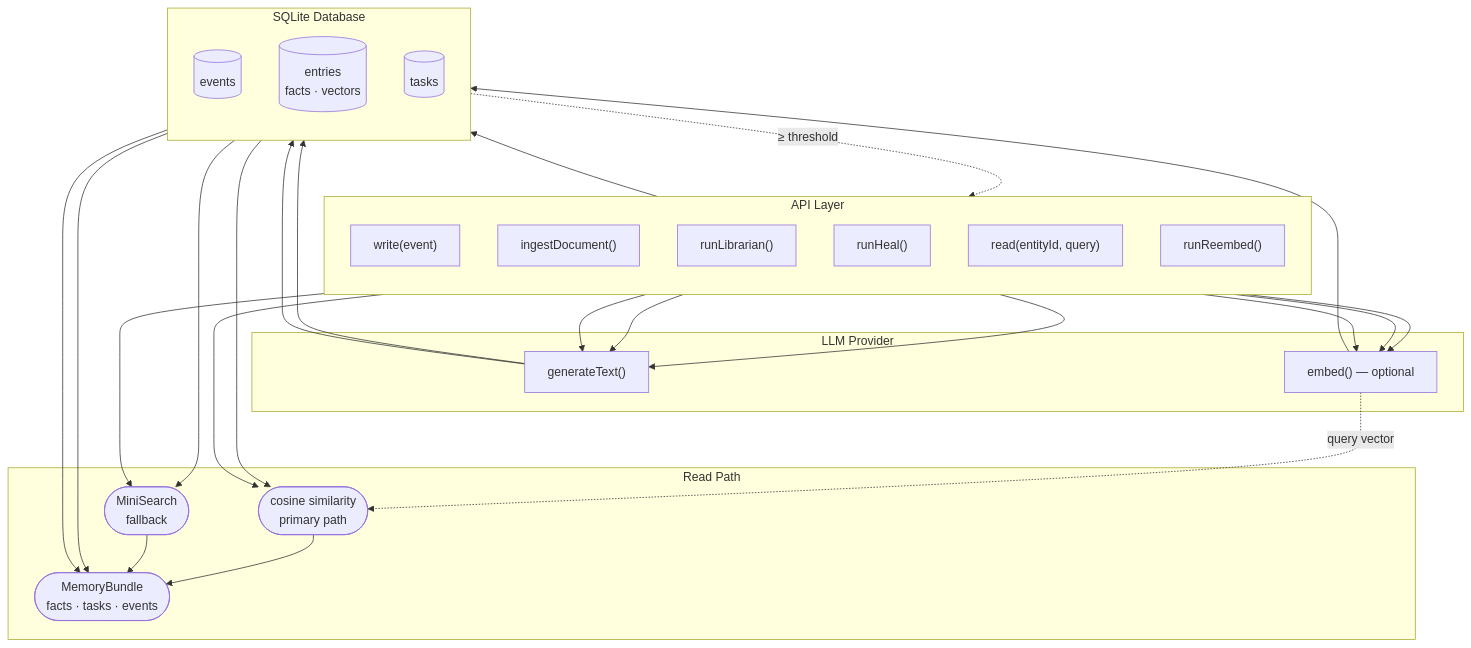
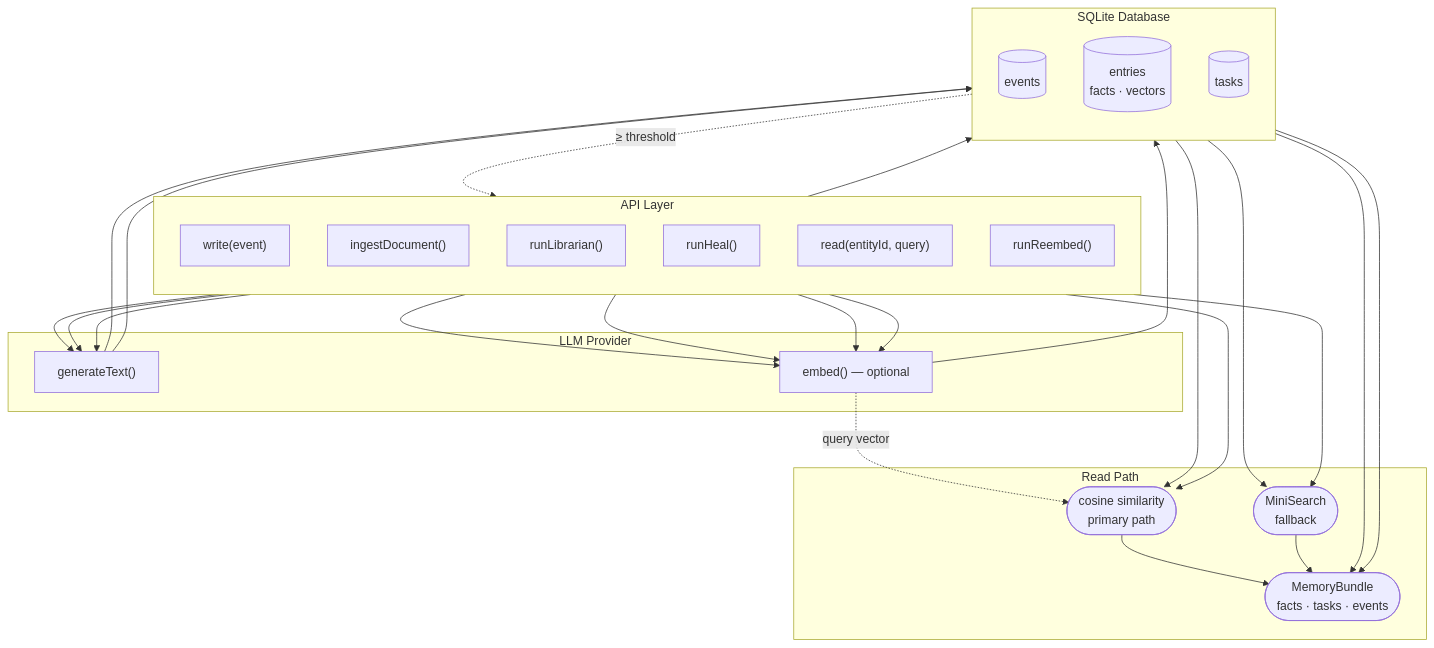
The diagram in README.md (equationalapplications/expo-llm-wiki), drawn with Mermaid before and after one commit. The commit also changed other lines of this file, not shown here.

Commit message:
docs: fix README accuracy — deps, defaults, embed setup, runReembed, offline claim, flowchart

````diff
--- a/README.md
+++ b/README.md
@@ -29,58 +29,59 @@
 ```mermaid
 flowchart TB
     subgraph API["API Layer"]
         direction TB
         write["write(event)"]
         ingest["ingestDocument()"]
         librarian["runLibrarian()"]
         heal["runHeal()"]
         read["read(entityId, query)"]
         reembed["runReembed()"]
     end
 
     subgraph LLMLayer["LLM Provider"]
         LLM["generateText()"]
         EmbedFn["embed() — optional"]
     end
 
     subgraph DB["SQLite Database"]
         direction TB
         events[(events)]
         entries[("entries\nfacts · vectors")]
         tasks[(tasks)]
     end
 
     subgraph ReadPath["Read Path"]
         CosineSim(["cosine similarity\nprimary path"])
         MSFallback(["MiniSearch\nfallback"])
         Bundle(["MemoryBundle\nfacts · tasks · events"])
     end
 
     %% Write paths
     write --> events
     events -. "≥ threshold" .-> librarian
 
     %% LLM text generation → DB writes
     librarian --> LLM
     heal --> LLM
     ingest --> LLM
     LLM --> entries
     LLM --> tasks
 
     %% Embedding on mutation
     librarian --> EmbedFn
+    heal --> EmbedFn
     ingest --> EmbedFn
     reembed --> EmbedFn
     EmbedFn --> entries
 
     %% Read path
     read --> CosineSim
     read --> MSFallback
     EmbedFn -. "query vector" .-> CosineSim
     entries --> CosineSim
     entries --> MSFallback
     CosineSim --> Bundle
     MSFallback --> Bundle
     tasks --> Bundle
     events --> Bundle
 ```
````
